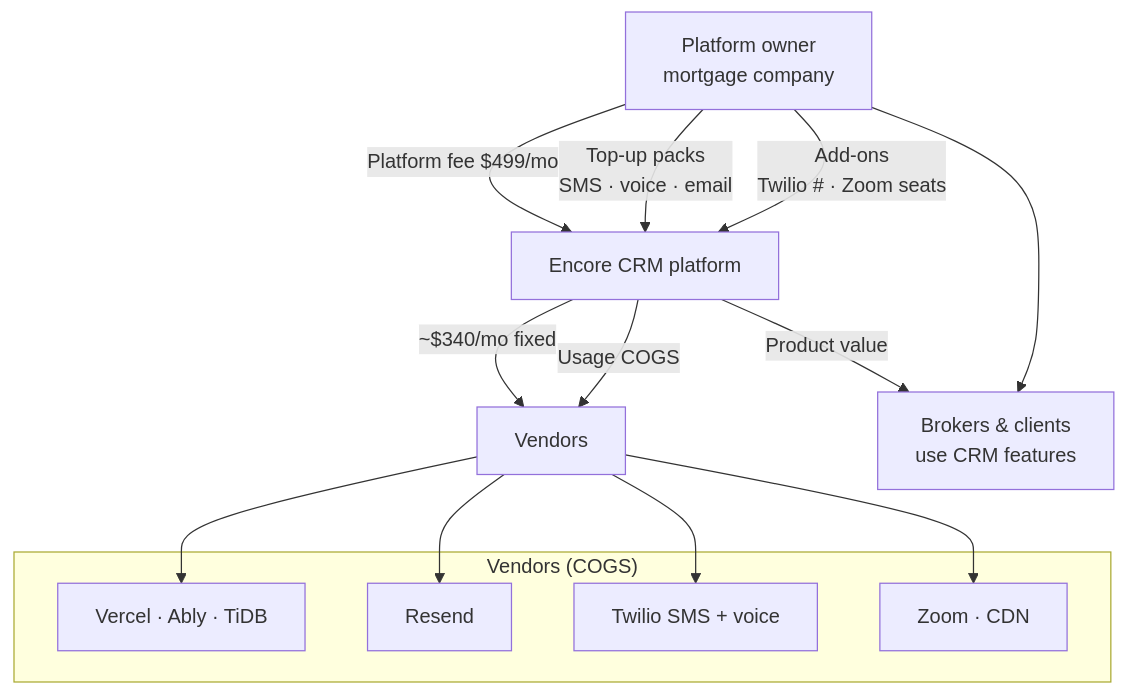
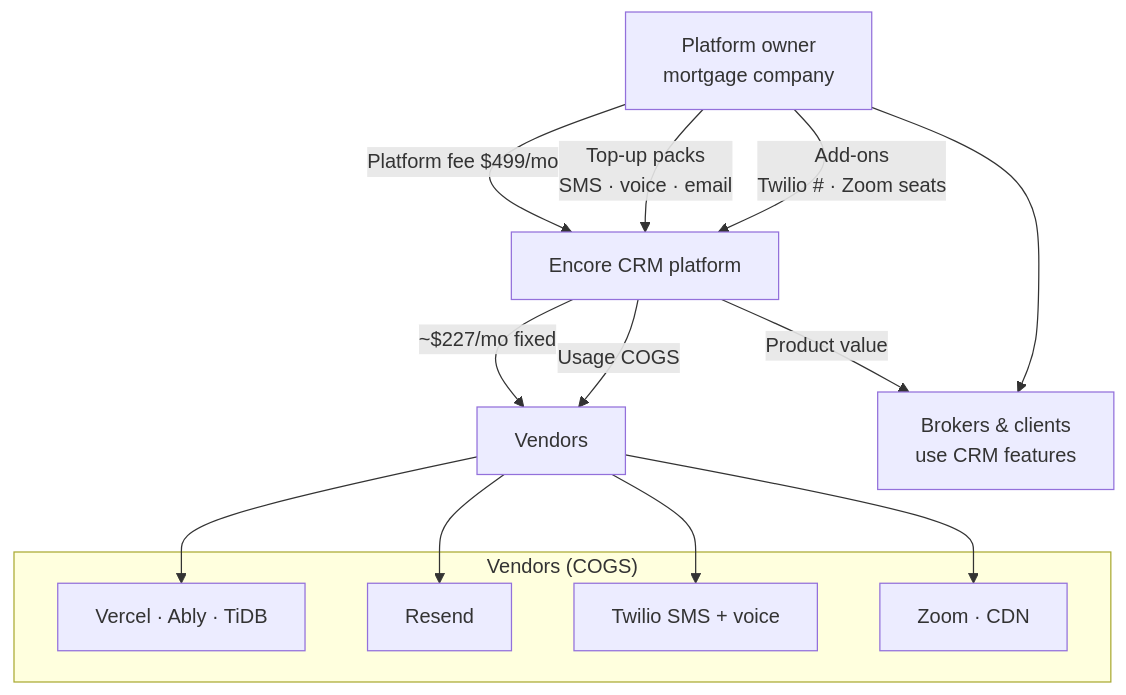
One commit to tonatiuh19/real-state changed the fifth of 15 diagrams in docs/BILLING_AND_QUOTA_PLAN.md. Above: the diagram before and after it, drawn with Mermaid. The commit also changed other lines of this file and 84 other files, not shown here.

````diff
--- a/docs/BILLING_AND_QUOTA_PLAN.md
+++ b/docs/BILLING_AND_QUOTA_PLAN.md
@@ -356,25 +358,25 @@
 ```mermaid
 flowchart TB
   PO[Platform owner\nmortgage company]
   CRM[Encore CRM platform]
   V[Vendors]
 
   PO -->|Platform fee $499/mo| CRM
   PO -->|Top-up packs\nSMS · voice · email| CRM
   PO -->|Add-ons\nTwilio # · Zoom seats| CRM
 
-  CRM -->|~$340/mo fixed| V
+  CRM -->|~$227/mo fixed| V
   CRM -->|Usage COGS| V
 
   subgraph Vendors["Vendors (COGS)"]
     V1[Vercel · Ably · TiDB]
     V2[Resend]
     V3[Twilio SMS + voice]
     V4[Zoom · CDN]
   end
 
   V --> V1 & V2 & V3 & V4
 
   CRM -->|Product value| Brokers[Brokers & clients\nuse CRM features]
   PO --> Brokers
 ```
````
